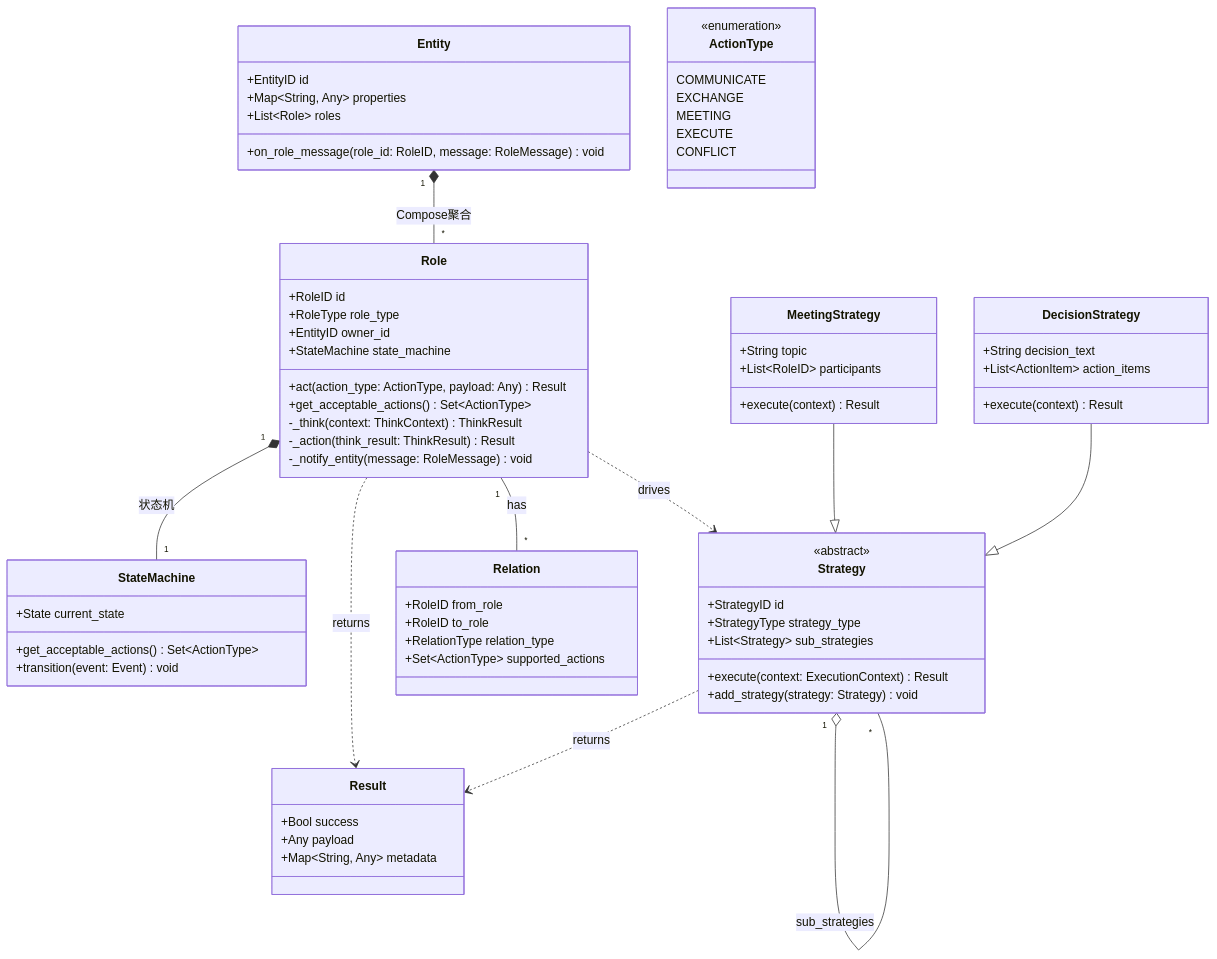
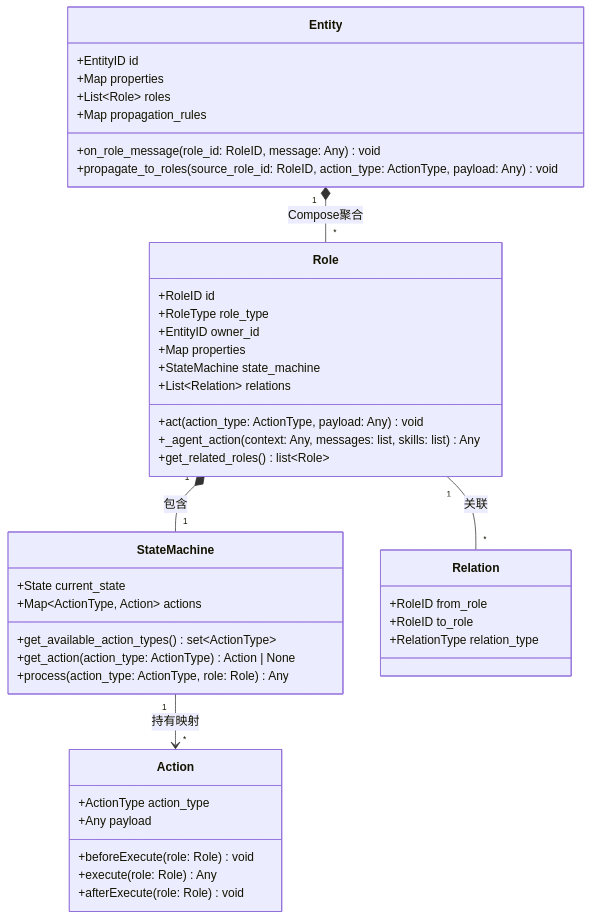
Before and after one commit to wunglee/myoasis: the first of 5 diagrams in .planning/phases/01-核心抽象层基础/01-CONTEXT.md, drawn with Mermaid. The commit also changed other lines of this file and 3 other files, not shown here.

````diff
--- a/.planning/phases/01-核心抽象层基础/01-CONTEXT.md
+++ b/.planning/phases/01-核心抽象层基础/01-CONTEXT.md
@@ -138,98 +172,50 @@
 ```mermaid
 classDiagram
-    %% 聚合根1：Entity，Compose聚合Role
     class Entity {
         +EntityID id
-        +Map~String, Any~ properties
+        +Map properties
         +List~Role~ roles
-        +on_role_message(role_id: RoleID, message: RoleMessage) void
+        +Map propagation_rules
+        +on_role_message(role_id: RoleID, message: Any) void
+        +propagate_to_roles(source_role_id: RoleID, action_type: ActionType, payload: Any) void
     }
 
-    %% 聚合根2：Role，状态机
     class Role {
         +RoleID id
         +RoleType role_type
         +EntityID owner_id
+        +Map properties
         +StateMachine state_machine
-        +act(action_type: ActionType, payload: Any) Result
-        +get_acceptable_actions() Set~ActionType~
-        -_think(context: ThinkContext) ThinkResult
-        -_action(think_result: ThinkResult) Result
-        -_notify_entity(message: RoleMessage) void
+        +List~Relation~ relations
+        +act(action_type: ActionType, payload: Any) void
+        +_agent_action(context: Any, messages: list, skills: list) Any
+        +get_related_roles() list~Role~
     }
 
-    %% 状态机
     class StateMachine {
         +State current_state
-        +get_acceptable_actions() Set~ActionType~
-        +transition(event: Event) void
+        +Map~ActionType, Action~ actions
+        +get_available_action_types() set~ActionType~
+        +get_action(action_type: ActionType) Action | None
+        +process(action_type: ActionType, role: Role) Any
     }
 
-    %% Result对象
-    class Result {
-        +Bool success
+    class Action {
+        +ActionType action_type
         +Any payload
-        +Map~String, Any~ metadata
+        +beforeExecute(role: Role) void
+        +execute(role: Role) Any
+        +afterExecute(role: Role) void
     }
 
-    %% ActionType枚举
-    class ActionType {
-        <<enumeration>>
-        COMMUNICATE
-        EXCHANGE
-        MEETING
-        EXECUTE
-        CONFLICT
-    }
-
-    %% Strategy组合模式
-    class Strategy {
-        <<abstract>>
-        +StrategyID id
-        +StrategyType strategy_type
-        +List~Strategy~ sub_strategies
-        +execute(context: ExecutionContext) Result
-        +add_strategy(strategy: Strategy) void
-    }
-
-    class MeetingStrategy {
-        +String topic
-        +List~RoleID~ participants
-        +execute(context) Result
-    }
-
-    class DecisionStrategy {
-        +String decision_text
-        +List~ActionItem~ action_items
-        +execute(context) Result
-    }
-
-    %% 关联关系
     class Relation {
         +RoleID from_role
         +RoleID to_role
         +RelationType relation_type
-        +Set~ActionType~ supported_actions
     }
 
-    %% Compose聚合关系
     Entity "1" *-- "*" Role : Compose聚合
-    
-    %% Role内部组成
-    Role "1" *-- "1" StateMachine : 状态机
-    
-    %% Action执行返回Result
-    Role ..> Result : returns
-    
-    %% Action驱动Strategy
-    Role ..> Strategy : drives
-    Strategy ..> Result : returns
-    
-    %% Strategy组合
-    Strategy "1" o-- "*" Strategy : sub_strategies
-    MeetingStrategy --|> Strategy
-    DecisionStrategy --|> Strategy
-    
-    %% Relation
-    Role "1" -- "*" Relation : has
+    Role "1" *-- "1" StateMachine : 包含
+    Role "1" -- "*" Relation : 关联
+    StateMachine "1" --> "*" Action : 持有映射
 ```
````
